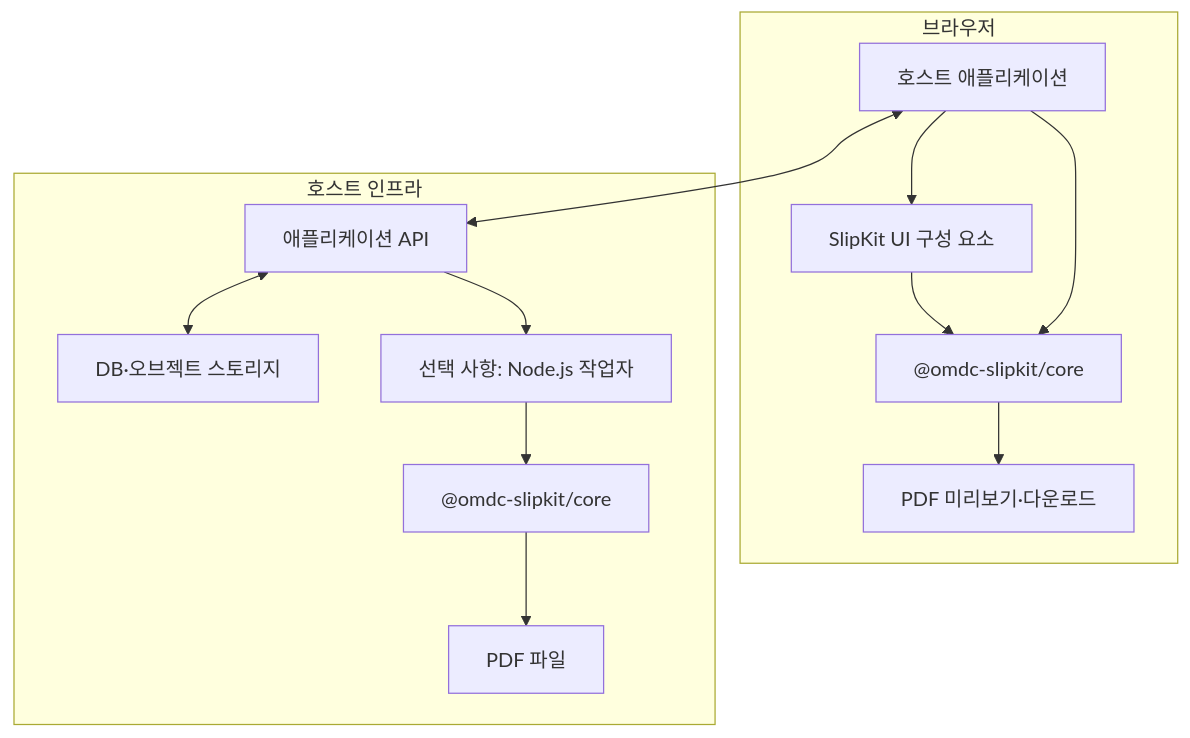
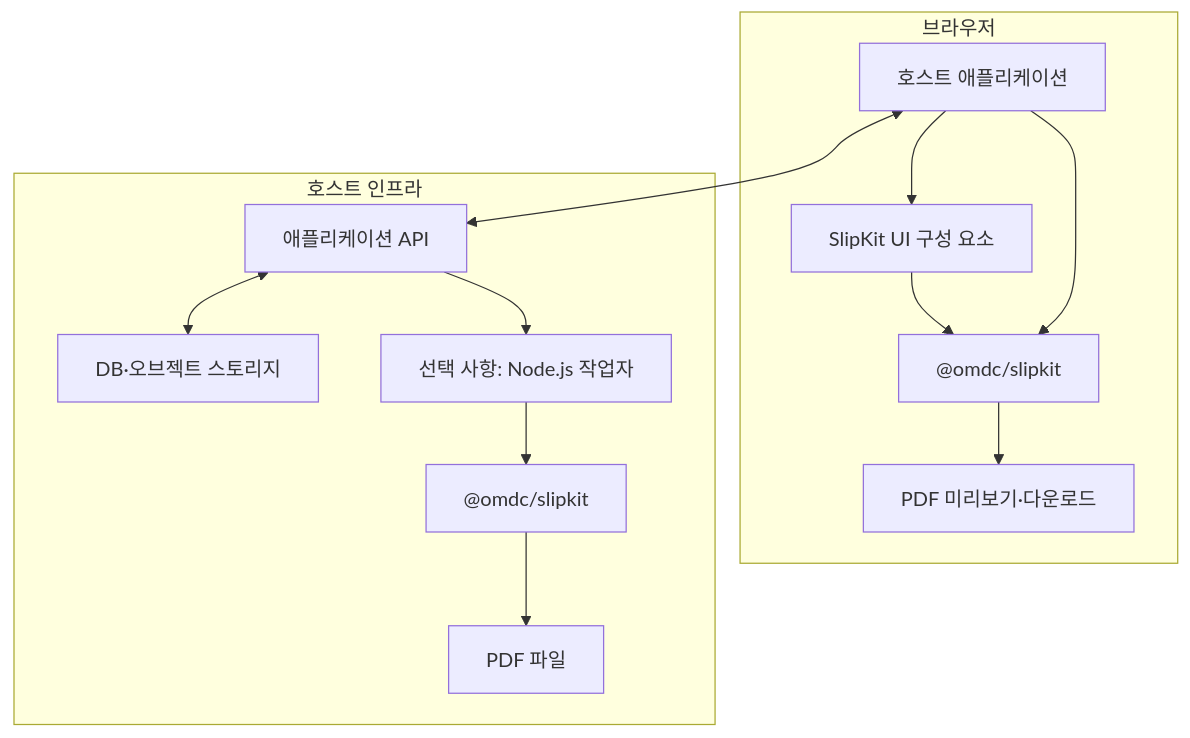
Before and after one commit to open-my-dev-com/drawing-report: the first of 7 diagrams in docs/ARCHITECTURE.md, drawn with Mermaid. The commit also changed other lines of this file and 222 other files, not shown here.

````diff
--- a/docs/ARCHITECTURE.md
+++ b/docs/ARCHITECTURE.md
@@ -30,28 +30,28 @@
 ```mermaid
 flowchart TB
     subgraph Browser["브라우저"]
         App["호스트 애플리케이션"]
         UI["SlipKit UI 구성 요소"]
-        BrowserCore["@omdc-slipkit/core"]
+        BrowserCore["@omdc/slipkit"]
         BrowserPdf["PDF 미리보기·다운로드"]
     end
 
     subgraph Infrastructure["호스트 인프라"]
         API["애플리케이션 API"]
         Store["DB·오브젝트 스토리지"]
         Worker["선택 사항: Node.js 작업자"]
-        NodeCore["@omdc-slipkit/core"]
+        NodeCore["@omdc/slipkit"]
         ServerPdf["PDF 파일"]
     end
 
     App --> UI
     UI --> BrowserCore
     App --> BrowserCore
     BrowserCore --> BrowserPdf
 
     App <--> API
     API <--> Store
     API --> Worker
     Worker --> NodeCore
     NodeCore --> ServerPdf
 ```
````
